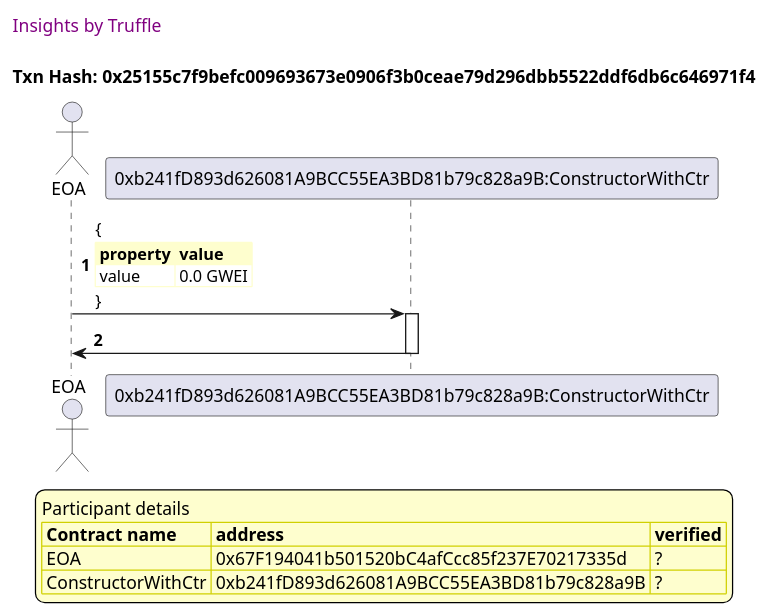
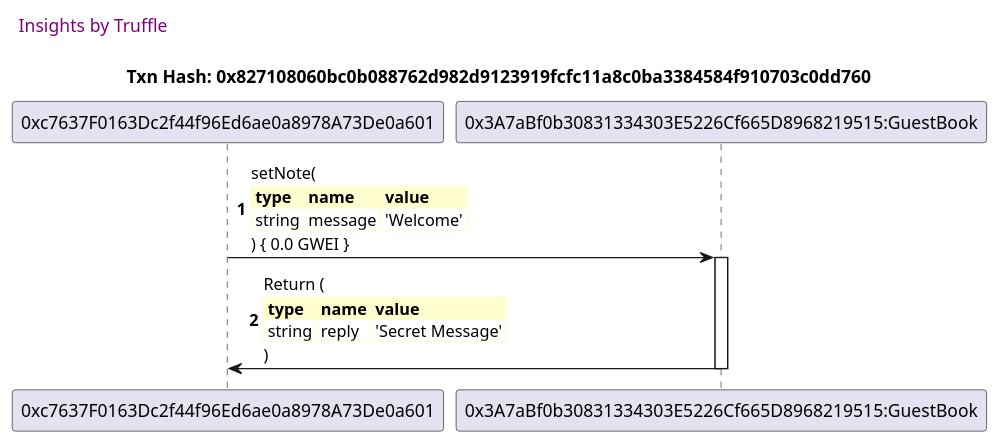
One commit to trufflesuite/txlog-seedlings changed the sixth of 6 diagrams in truffle-seq/constructor.test.md. Above: the diagram before and after it, drawn with PlantUML. The commit also changed other lines of this file and 3 other files, not shown here.

````diff
--- a/truffle-seq/constructor.test.md
+++ b/truffle-seq/constructor.test.md
@@ -69,45 +196,33 @@
 ```plantuml
 
 
 @startuml
 
 autonumber
 skinparam legendBackgroundColor #FEFECE
 
 <style>
       header {
         HorizontalAlignment left
         FontColor purple
         FontSize 14
         Padding 10
       }
     </style>
 
 header Insights by Truffle
 
-title Txn Hash: 0x25155c7f9befc009693673e0906f3b0ceae79d296dbb5522ddf6db6c646971f4
+title Txn Hash: 0x827108060bc0b088762d982d9123919fcfc11a8c0ba3384584f910703c0dd760
 
 
-actor EOA as "EOA"
-
-participant ConstructorWithCtr as "0xb241fD893d626081A9BCC55EA3BD81b79c828a9B:ConstructorWithCtr"
-
-"EOA" -> "ConstructorWithCtr" ++: {\n\
-<#FEFECE,#FEFECE>|= property |= value|\n\
-| value | 0.0 GWEI |\n\
-}
-
-"ConstructorWithCtr" -> "EOA" --: 
-
-
-
-legend
-Participant details
-<#FEFECE,#D0D000>|= Contract name |= address |= verified |
-<#FEFECE>| EOA | 0x67F194041b501520bC4afCcc85f237E70217335d | ? |
-<#FEFECE>| ConstructorWithCtr | 0xb241fD893d626081A9BCC55EA3BD81b79c828a9B | ? |
-endlegend
-
+"0xc7637F0163Dc2f44f96Ed6ae0a8978A73De0a601" -> "0x3A7aBf0b30831334303E5226Cf665D8968219515:GuestBook" ++: setNote(\n\
+<#FEFECE,#FEFECE>|= type |= name |= value |\n\
+| string | message | 'Welcome' |\n\
+) { 0.0 GWEI }
+"0x3A7aBf0b30831334303E5226Cf665D8968219515:GuestBook" -> "0xc7637F0163Dc2f44f96Ed6ae0a8978A73De0a601" --: Return (\n\
+<#FEFECE,#FEFECE>|= type |= name |= value |\n\
+| string | reply | 'Secret Message' |\n\
+)
 
 @enduml
 ```
````
